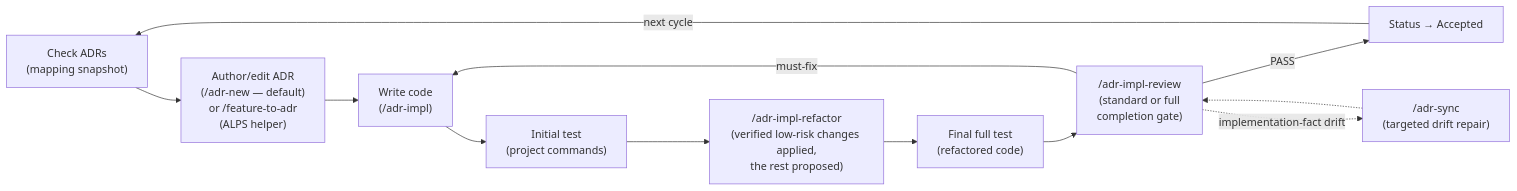
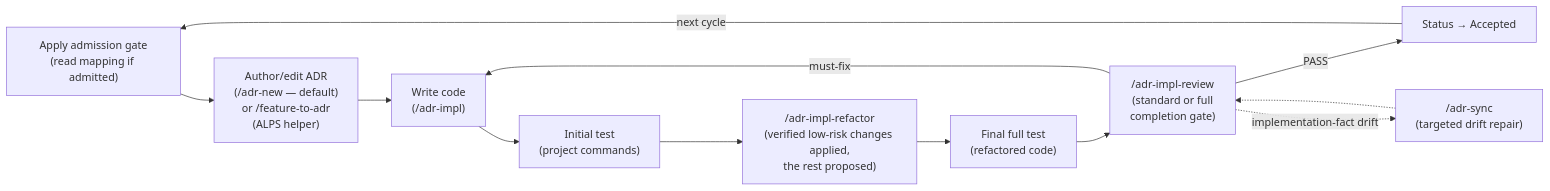
One commit to haandol/alps-writer-mcp changed the first of 2 diagrams in docs/usage.md. Above: the diagram before and after it, drawn with Mermaid. The commit also changed other lines of this file and 23 other files, not shown here.

````diff
--- a/docs/usage.md
+++ b/docs/usage.md
@@ -9,14 +9,14 @@
 ```mermaid
 flowchart LR
-    A["Check ADRs<br/>(mapping snapshot)"] --> B["Author/edit ADR<br/>(/adr-new — default)<br/>or /feature-to-adr<br/>(ALPS helper)"]
+    A["Apply admission gate<br/>(read mapping if admitted)"] --> B["Author/edit ADR<br/>(/adr-new — default)<br/>or /feature-to-adr<br/>(ALPS helper)"]
     B --> C["Write code<br/>(/adr-impl)"]
     C --> D["Initial test<br/>(project commands)"]
     D --> F["/adr-impl-refactor<br/>(verified low-risk changes applied,<br/>the rest proposed)"]
     F --> V["Final full test<br/>(refactored code)"]
     V --> R["/adr-impl-review<br/>(standard or full<br/>completion gate)"]
     R -->|PASS| P["Status → Accepted"]
     R -->|must-fix| C
     P -->|next cycle| A
     R -.->|implementation-fact drift| E["/adr-sync<br/>(targeted drift repair)"]
     E -.-> R
 ```
````
